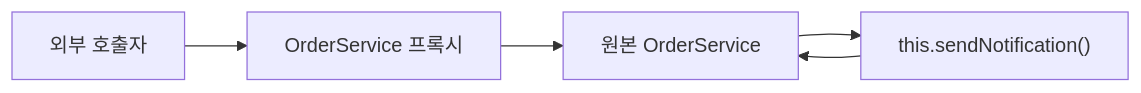
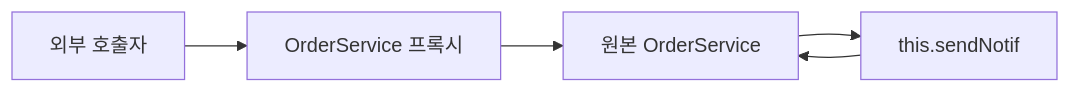
The sixth of 6 diagrams in _posts/spring/2026-05-01-spring-ioc-di.md (yjkim2015/yjkim2015.github.io), drawn with Mermaid before and after one commit. The commit also changed other lines of this file and 245 other files, not shown here.

First line of the commit message:
Mermaid 다이어그램 전면 수정 + 면접 포인트 접기/펼치기 + DB 데드락 페이지

````diff
--- a/_posts/spring/2026-05-01-spring-ioc-di.md
+++ b/_posts/spring/2026-05-01-spring-ioc-di.md
@@ -1048,7 +1048,7 @@
 ```mermaid
 graph LR
     A["외부 호출자"] --> B["OrderService 프록시"]
     B --> C["원본 OrderService"]
-    C --> D["this.sendNotification()"]
+    C --> D["this.sendNotif"]
     D --> C
 ```
````
